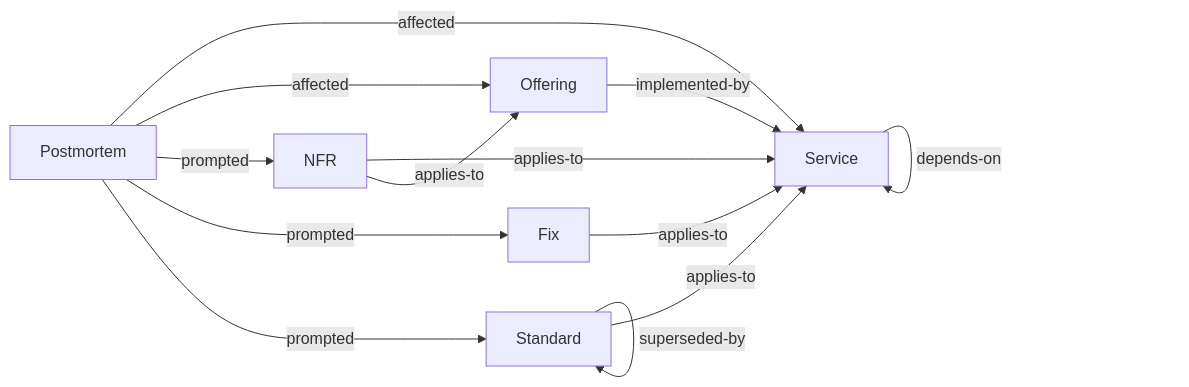
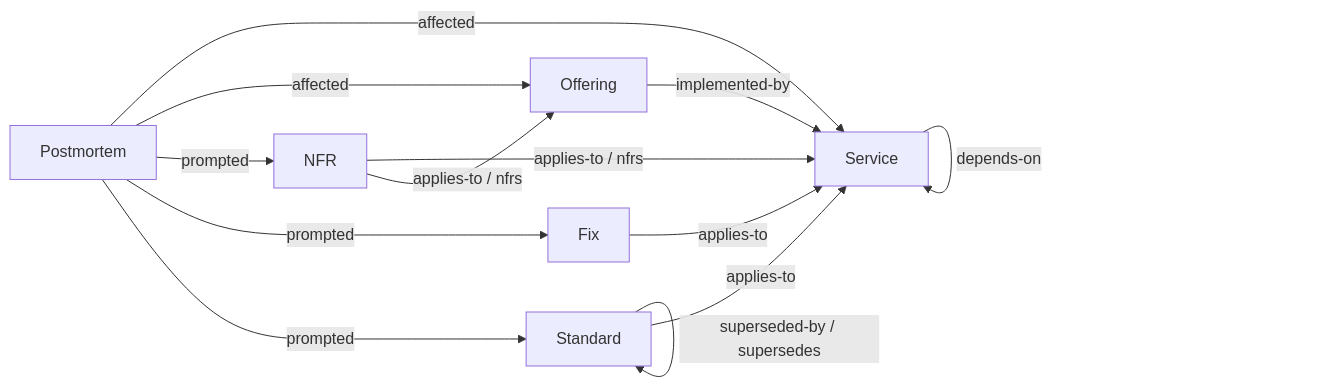
The diagram in examples/payments/knowledge-as-code/taxonomy.md (paul80nd/knowledge-as-code), drawn with Mermaid before and after one commit. The commit also changed other lines of this file and 21 other files, not shown here.

First line of the commit message:
Print the type relations once, as a labelled graph (#907, #908) (#1061)

````diff
--- a/examples/payments/knowledge-as-code/taxonomy.md
+++ b/examples/payments/knowledge-as-code/taxonomy.md
@@ -88,22 +88,22 @@
 ```mermaid
 graph LR;
   t_fixes[Fix];
   t_nfrs[NFR];
   t_offerings[Offering];
   t_postmortems[Postmortem];
   t_services[Service];
   t_standards[Standard];
   t_fixes -- applies-to --> t_services;
-  t_nfrs -- applies-to --> t_services;
-  t_nfrs -- applies-to --> t_offerings;
+  t_nfrs -- applies-to / nfrs --> t_services;
+  t_nfrs -- applies-to / nfrs --> t_offerings;
   t_offerings -- implemented-by --> t_services;
   t_postmortems -- affected --> t_services;
   t_postmortems -- affected --> t_offerings;
   t_postmortems -- prompted --> t_nfrs;
   t_postmortems -- prompted --> t_fixes;
   t_postmortems -- prompted --> t_standards;
   t_services -- depends-on --> t_services;
   t_standards -- applies-to --> t_services;
   t_standards -- depends-on --> t_standards;
-  t_standards -- superseded-by --> t_standards;
+  t_standards -- superseded-by / supersedes --> t_standards;
 ```
````
